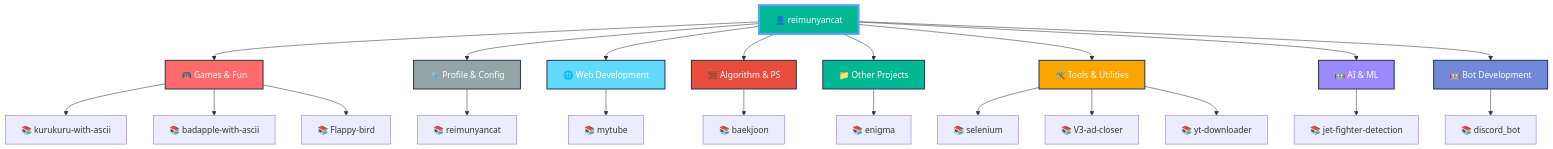
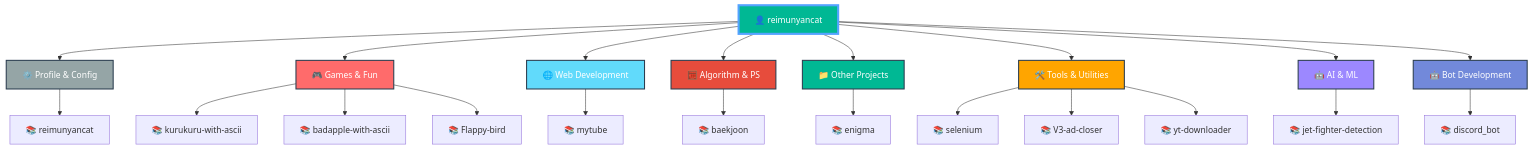
Before and after one commit to reimunyancat/reimunyancat: the diagram in README.md, drawn with Mermaid.

Commit message:
🤖 Auto-update README with latest repositories

````diff
--- a/README.md
+++ b/README.md
@@ -159,42 +159,42 @@
 ```mermaid
 graph TD
   A[👤 reimunyancat]
 
-  A --> CAT0[🎮 Games & Fun]
-  CAT0 --> CAT0_0[📚 kurukuru-with-ascii]
-  CAT0 --> CAT0_1[📚 badapple-with-ascii]
-  CAT0 --> CAT0_2[📚 Flappy-bird]
+  A --> CAT0[⚙️ Profile & Config]
+  CAT0 --> CAT0_0[📚 reimunyancat]
 
-  A --> CAT1[⚙️ Profile & Config]
-  CAT1 --> CAT1_0[📚 reimunyancat]
+  A --> CAT1[🎮 Games & Fun]
+  CAT1 --> CAT1_0[📚 kurukuru-with-ascii]
+  CAT1 --> CAT1_1[📚 badapple-with-ascii]
+  CAT1 --> CAT1_2[📚 Flappy-bird]
 
   A --> CAT2[🌐 Web Development]
   CAT2 --> CAT2_0[📚 mytube]
 
   A --> CAT3[🧮 Algorithm & PS]
   CAT3 --> CAT3_0[📚 baekjoon]
 
   A --> CAT4[📁 Other Projects]
   CAT4 --> CAT4_0[📚 enigma]
 
   A --> CAT5[🛠️ Tools & Utilities]
   CAT5 --> CAT5_0[📚 selenium]
   CAT5 --> CAT5_1[📚 V3-ad-closer]
   CAT5 --> CAT5_2[📚 yt-downloader]
 
   A --> CAT6[🤖 AI & ML]
   CAT6 --> CAT6_0[📚 jet-fighter-detection]
 
   A --> CAT7[🤖 Bot Development]
   CAT7 --> CAT7_0[📚 discord_bot]
 
   style A fill:#00b894,stroke:#55a3ff,stroke-width:4px,color:#fff
-  style CAT0 fill:#ff6b6b,stroke:#2c3e50,stroke-width:2px,color:#fff
-  style CAT1 fill:#95a5a6,stroke:#2c3e50,stroke-width:2px,color:#fff
+  style CAT0 fill:#95a5a6,stroke:#2c3e50,stroke-width:2px,color:#fff
+  style CAT1 fill:#ff6b6b,stroke:#2c3e50,stroke-width:2px,color:#fff
   style CAT2 fill:#61dafb,stroke:#2c3e50,stroke-width:2px,color:#fff
   style CAT3 fill:#e74c3c,stroke:#2c3e50,stroke-width:2px,color:#fff
   style CAT4 fill:#00b894,stroke:#2c3e50,stroke-width:2px,color:#fff
   style CAT5 fill:#ffa500,stroke:#2c3e50,stroke-width:2px,color:#fff
   style CAT6 fill:#9c88ff,stroke:#2c3e50,stroke-width:2px,color:#fff
   style CAT7 fill:#7289da,stroke:#2c3e50,stroke-width:2px,color:#fff
 ```
````
